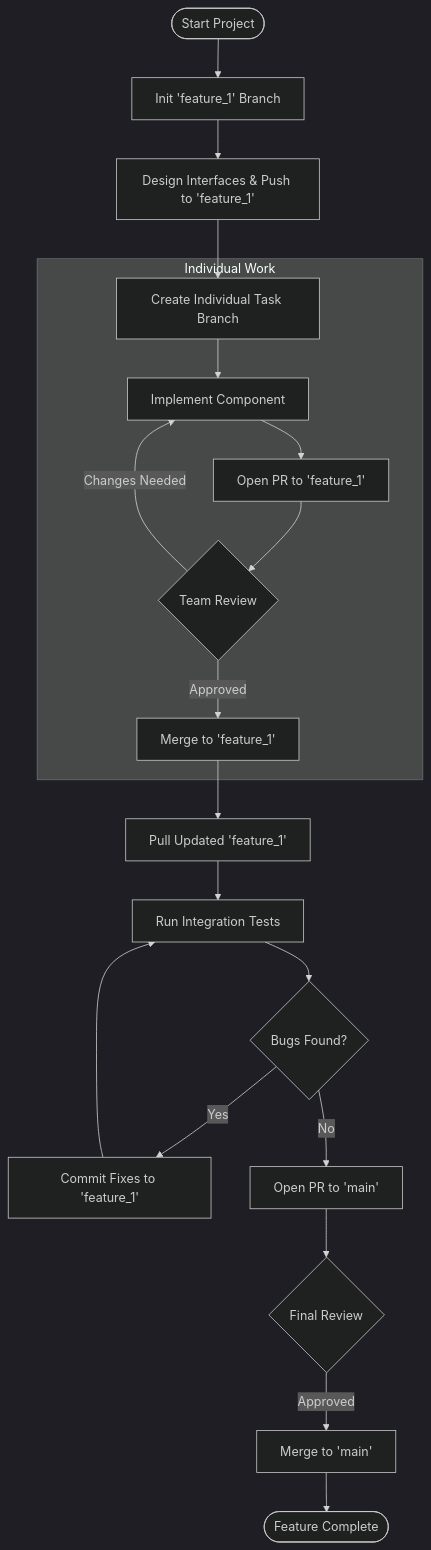
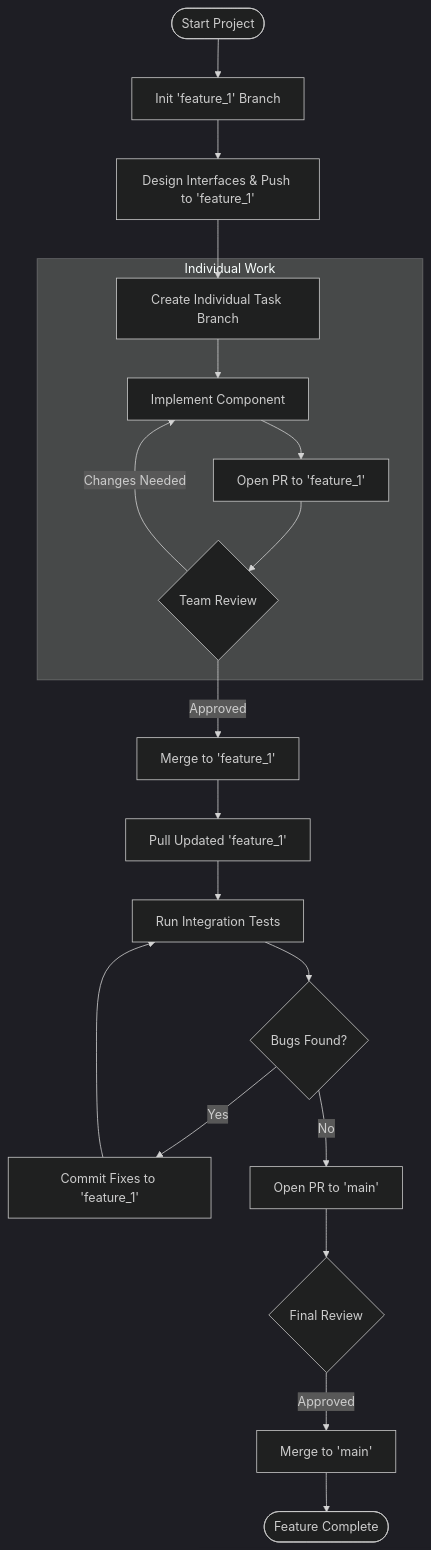
Before and after one commit to cse4504-wustl/workflow: the first of 2 diagrams in README.md, drawn with Mermaid (dark theme).

Commit message:
Fix merge flow in README diagram

````diff
--- a/README.md
+++ b/README.md
@@ -2,25 +2,25 @@
 ```mermaid
 flowchart TD
     Start([Start Project]) --> InitFeature[Init 'feature_1' Branch]
     InitFeature --> Design[Design Interfaces & Push to 'feature_1']
     Design --> BranchInd[Create Individual Task Branch]
 
     subgraph Individual Work
     BranchInd --> Implement[Implement Component]
     Implement --> PR_Ind[Open PR to 'feature_1']
     PR_Ind --> Review_Ind{Team Review}
     Review_Ind -- Changes Needed --> Implement
-    Review_Ind -- Approved --> Merge_Ind[Merge to 'feature_1']
     end
-    
+
+    Review_Ind -- Approved --> Merge_Ind[Merge to 'feature_1']    
     Merge_Ind --> Pull[Pull Updated 'feature_1']
     Pull --> Test[Run Integration Tests]
     Test --> Fix{Bugs Found?}
     Fix -- Yes --> FixCommit[Commit Fixes to 'feature_1']
     FixCommit --> Test
     Fix -- No --> FinalPR[Open PR to 'main']
     
     FinalPR --> Review_Final{Final Review}
     Review_Final -- Approved --> MainMerge[Merge to 'main']
     MainMerge --> Done([Feature Complete])
 ```
````
